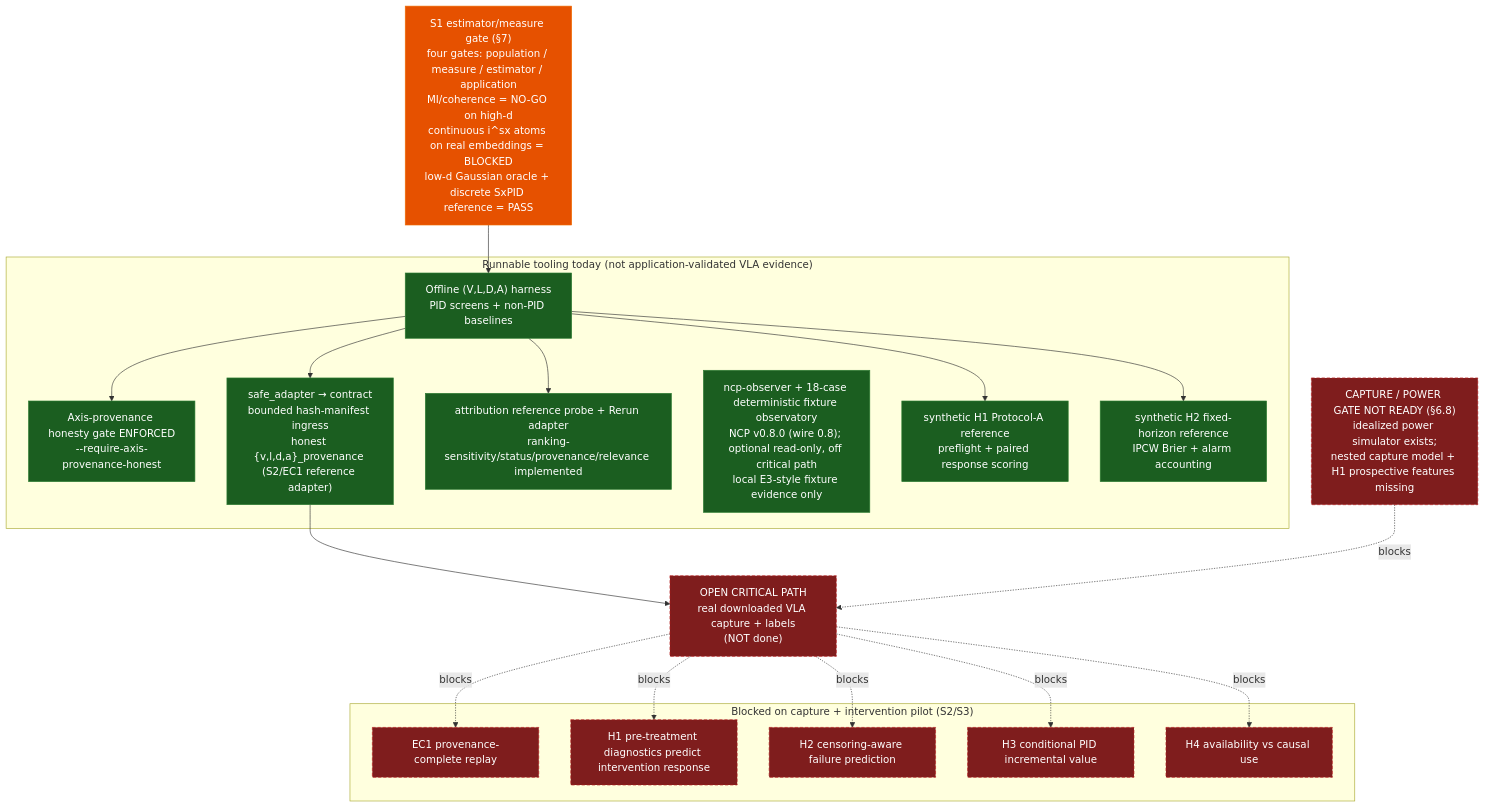
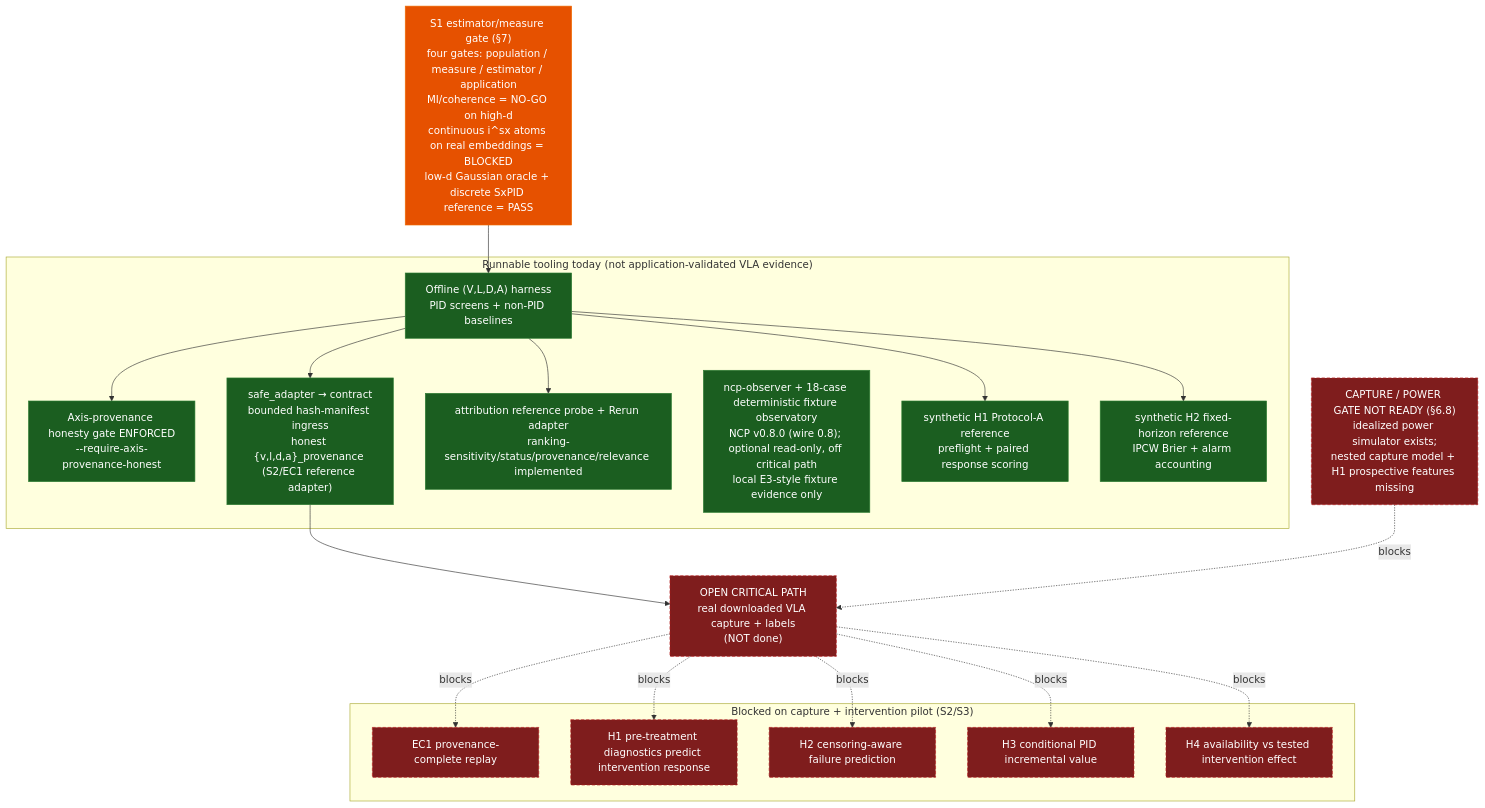
One commit to sepahead/prisoma changed the first of 18 diagrams in DIAGRAMS.md. Above: the diagram before and after it, drawn with Mermaid. The commit also changed other lines of this file and 123 other files, not shown here.

````diff
--- a/DIAGRAMS.md
+++ b/DIAGRAMS.md
@@ -24,38 +24,38 @@
 ```mermaid
 flowchart TD
     classDef run fill:#1b5e20,stroke:#2e7d32,color:#fff;
     classDef gate fill:#e65100,stroke:#ef6c00,color:#fff;
     classDef blocked fill:#7f1d1d,stroke:#b71c1c,color:#fff,stroke-dasharray:5 3;
 
     S1["S1 estimator/measure gate (§7)<br/>four gates: population / measure / estimator / application<br/>MI/coherence = NO-GO on high-d<br/>continuous i^sx atoms on real embeddings = BLOCKED<br/>low-d Gaussian oracle + discrete SxPID reference = PASS"]:::gate
 
     subgraph Today["Runnable tooling today (not application-validated VLA evidence)"]
         Harness["Offline (V,L,D,A) harness<br/>PID screens + non-PID baselines"]:::run
         ProvGate["Axis-provenance honesty gate ENFORCED<br/>--require-axis-provenance-honest"]:::run
         Adapter["safe_adapter → contract<br/>bounded hash-manifest ingress<br/>honest {v,l,d,a}_provenance (S2/EC1 reference adapter)"]:::run
         Attr["attribution reference probe + Rerun adapter<br/>ranking-sensitivity/status/provenance/relevance implemented"]:::run
         Obs["ncp-observer + 18-case deterministic fixture observatory<br/>NCP v0.8.0 (wire 0.8); optional read-only, off critical path<br/>local E3-style fixture evidence only"]:::run
         H1Ref["synthetic H1 Protocol-A reference<br/>preflight + paired response scoring"]:::run
         H2Ref["synthetic H2 fixed-horizon reference<br/>IPCW Brier + alarm accounting"]:::run
     end
 
     Power["CAPTURE / POWER GATE NOT READY (§6.8)<br/>idealized power simulator exists;<br/>nested capture model + H1 prospective features missing"]:::blocked
     Capture["OPEN CRITICAL PATH<br/>real downloaded VLA capture + labels<br/>(NOT done)"]:::blocked
 
     subgraph Blocked["Blocked on capture + intervention pilot (S2/S3)"]
         EC1["EC1 provenance-complete replay"]:::blocked
         H1["H1 pre-treatment diagnostics predict intervention response"]:::blocked
         H2["H2 censoring-aware failure prediction"]:::blocked
         H3["H3 conditional PID incremental value"]:::blocked
-        H4["H4 availability vs causal use"]:::blocked
+        H4["H4 availability vs tested intervention effect"]:::blocked
     end
 
     S1 --> Harness
     Harness --> ProvGate
     Harness --> Adapter
     Harness --> Attr
     Harness --> H1Ref & H2Ref
     Adapter --> Capture
     Power -. blocks .-> Capture
     Capture -. blocks .-> EC1 & H1 & H2 & H3 & H4
 ```
````
